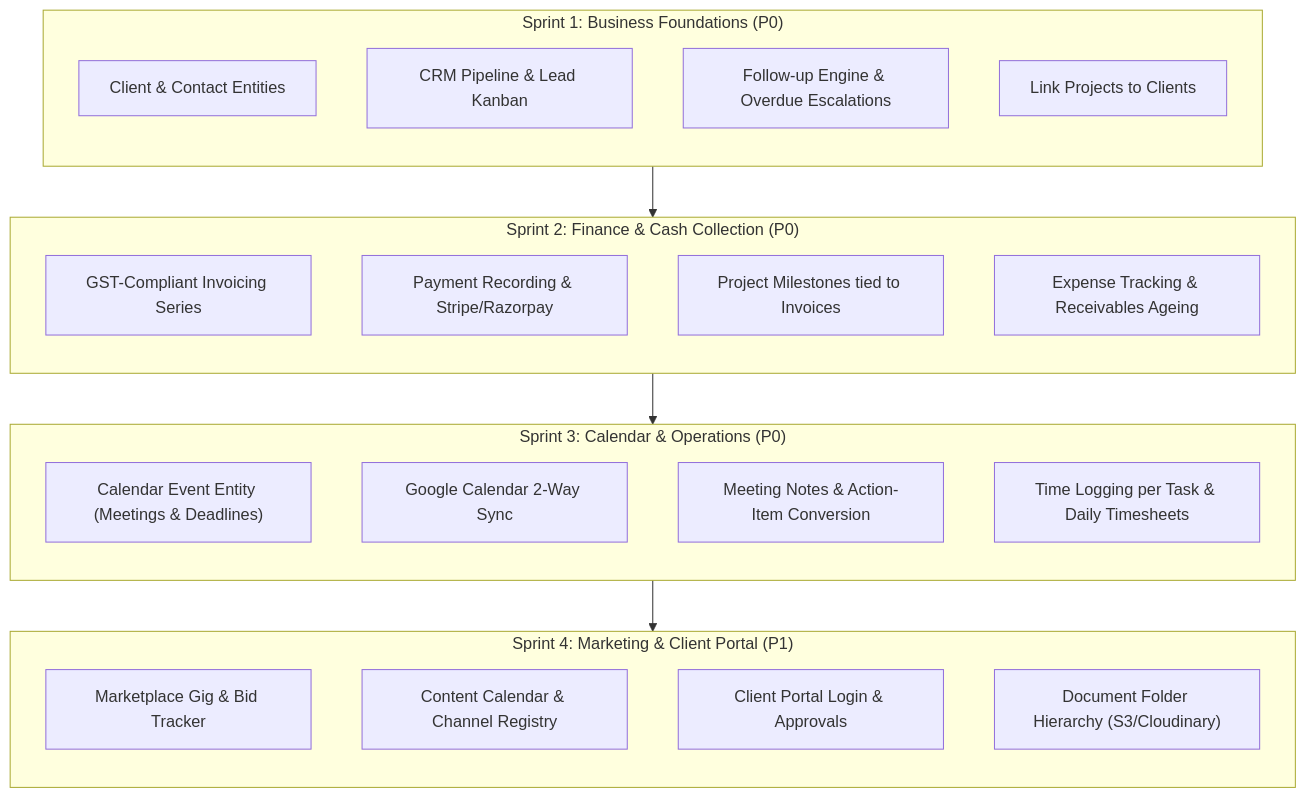
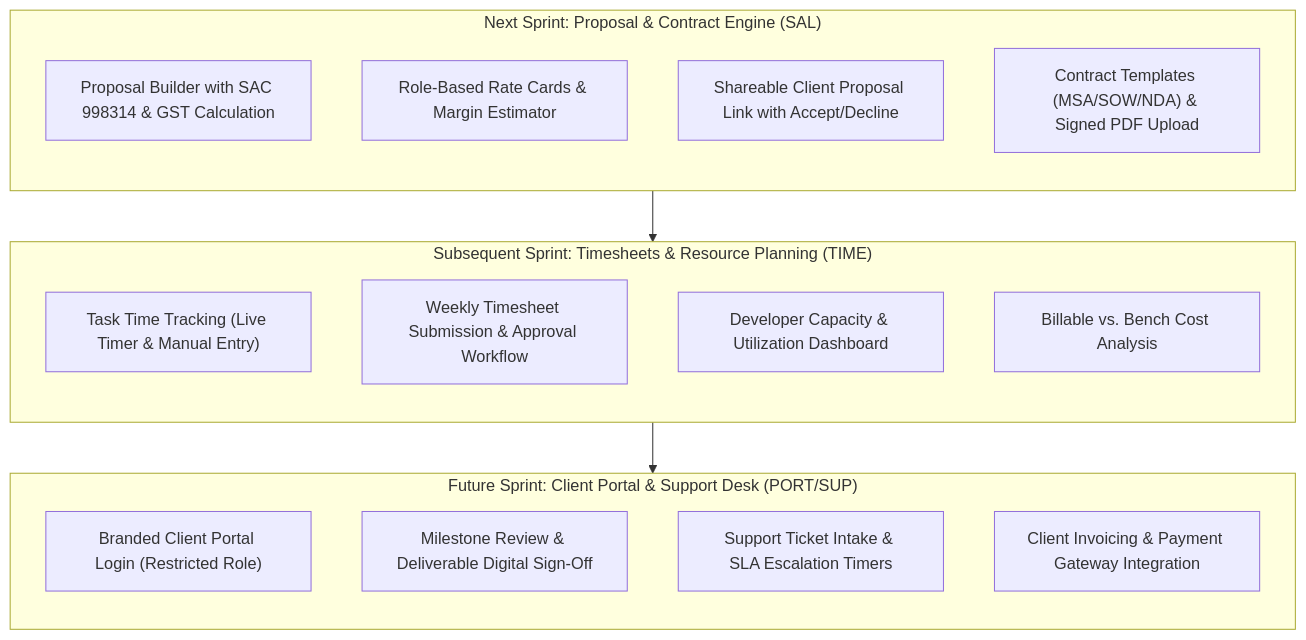
Before and after one commit to ItzVirAj/SIU-ERPOS: the diagram in docs/PRD_Implementation_Status_and_Gap_Analysis.md, drawn with Mermaid. The commit also changed other lines of this file, not shown here.

Commit message:
docs: update PRD implementation status and gap analysis for security and AI hardening

````diff
--- a/docs/PRD_Implementation_Status_and_Gap_Analysis.md
+++ b/docs/PRD_Implementation_Status_and_Gap_Analysis.md
@@ -415,38 +325,29 @@
 ```mermaid
 flowchart TD
-    subgraph SPRINT_1 ["Sprint 1: Business Foundations (P0)"]
+    subgraph PHASE_A ["Next Sprint: Proposal & Contract Engine (SAL)"]
         direction TB
-        E1["Client & Contact Entities"]
-        E2["CRM Pipeline & Lead Kanban"]
-        E3["Follow-up Engine & Overdue Escalations"]
-        E4["Link Projects to Clients"]
+        S1["Proposal Builder with SAC 998314 & GST Calculation"]
+        S2["Role-Based Rate Cards & Margin Estimator"]
+        S3["Shareable Client Proposal Link with Accept/Decline"]
+        S4["Contract Templates (MSA/SOW/NDA) & Signed PDF Upload"]
     end
 
-    subgraph SPRINT_2 ["Sprint 2: Finance & Cash Collection (P0)"]
+    subgraph PHASE_B ["Subsequent Sprint: Timesheets & Resource Planning (TIME)"]
         direction TB
-        F1["GST-Compliant Invoicing Series"]
-        F2["Payment Recording & Stripe/Razorpay"]
-        F3["Project Milestones tied to Invoices"]
-        F4["Expense Tracking & Receivables Ageing"]
+        T1["Task Time Tracking (Live Timer & Manual Entry)"]
+        T2["Weekly Timesheet Submission & Approval Workflow"]
+        T3["Developer Capacity & Utilization Dashboard"]
+        T4["Billable vs. Bench Cost Analysis"]
     end
 
-    subgraph SPRINT_3 ["Sprint 3: Calendar & Operations (P0)"]
+    subgraph PHASE_C ["Future Sprint: Client Portal & Support Desk (PORT/SUP)"]
         direction TB
-        C1["Calendar Event Entity (Meetings & Deadlines)"]
-        C2["Google Calendar 2-Way Sync"]
-        C3["Meeting Notes & Action-Item Conversion"]
-        C4["Time Logging per Task & Daily Timesheets"]
+        P1["Branded Client Portal Login (Restricted Role)"]
+        P2["Milestone Review & Deliverable Digital Sign-Off"]
+        P3["Support Ticket Intake & SLA Escalation Timers"]
+        P4["Client Invoicing & Payment Gateway Integration"]
     end
 
-    subgraph SPRINT_4 ["Sprint 4: Marketing & Client Portal (P1)"]
-        direction TB
-        M1["Marketplace Gig & Bid Tracker"]
-        M2["Content Calendar & Channel Registry"]
-        P1["Client Portal Login & Approvals"]
-        P2["Document Folder Hierarchy (S3/Cloudinary)"]
-    end
-
-    SPRINT_1 --> SPRINT_2
-    SPRINT_2 --> SPRINT_3
-    SPRINT_3 --> SPRINT_4
+    PHASE_A --> PHASE_B
+    PHASE_B --> PHASE_C
 ```
````
